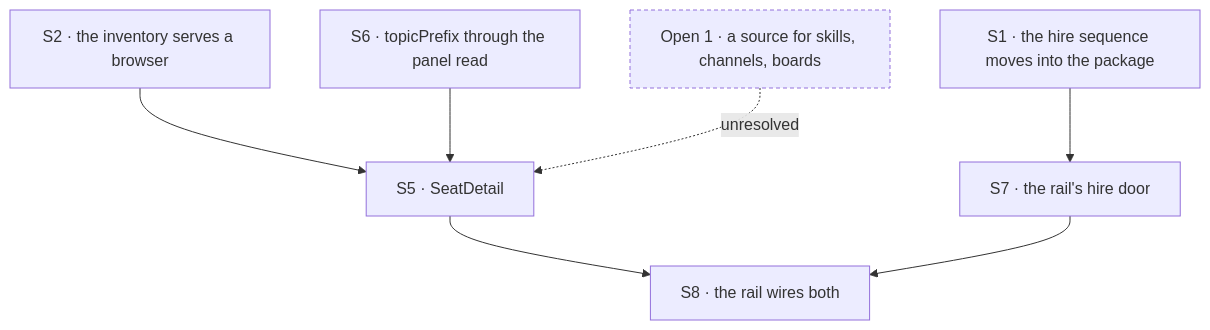
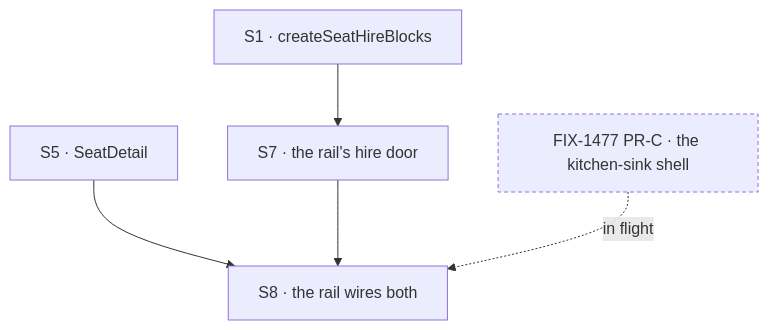
The diagram in specs/issues/FIX-1500/PLAN.md (fixpoint-labs/flow-state-dev), drawn with Mermaid before and after one commit. The commit also changed other lines of this file and 7 other files, not shown here.

````diff
--- a/specs/issues/FIX-1500/PLAN.md
+++ b/specs/issues/FIX-1500/PLAN.md
@@ -39,11 +36,9 @@
 ```mermaid
 flowchart TD
-  S1["S1 · the hire sequence moves into the package"] --> S7["S7 · the rail's hire door"]
-  S2["S2 · the inventory serves a browser"] --> S5["S5 · SeatDetail"]
-  S6["S6 · topicPrefix through the panel read"] --> S5
-  S5 --> S8["S8 · the rail wires both"]
+  S1["S1 · createSeatHireBlocks"] --> S7["S7 · the rail's hire door"]
+  S5["S5 · SeatDetail"] --> S8["S8 · the rail wires both"]
   S7 --> S8
-  O1["Open 1 · a source for skills, channels, boards"] -.->|"unresolved"| S5
-  classDef proposed stroke-dasharray:4 3
-  class O1 proposed
+  R["FIX-1477 PR-C · the kitchen-sink shell"] -.->|"in flight"| S8
+  classDef external stroke-dasharray:4 3
+  class R external
 ```
````
